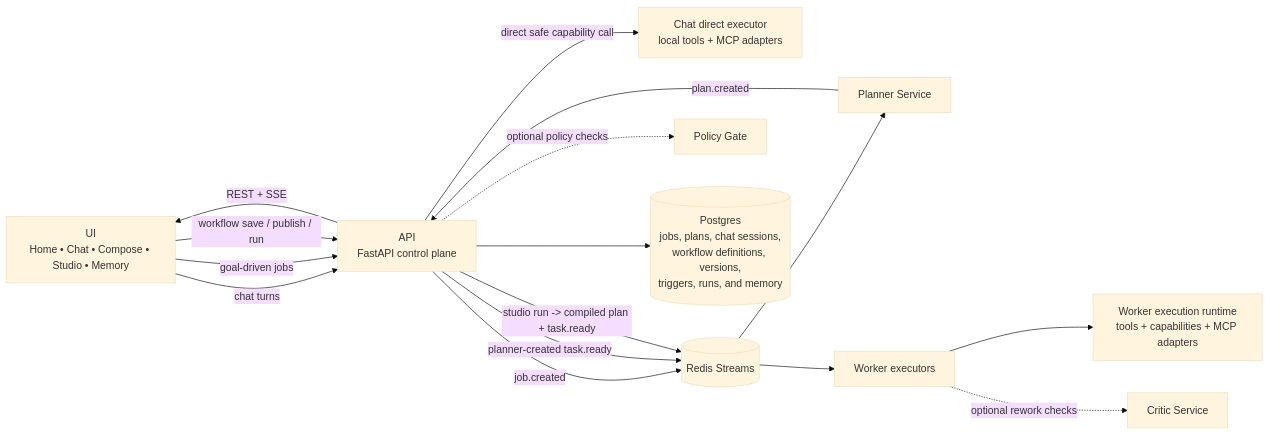
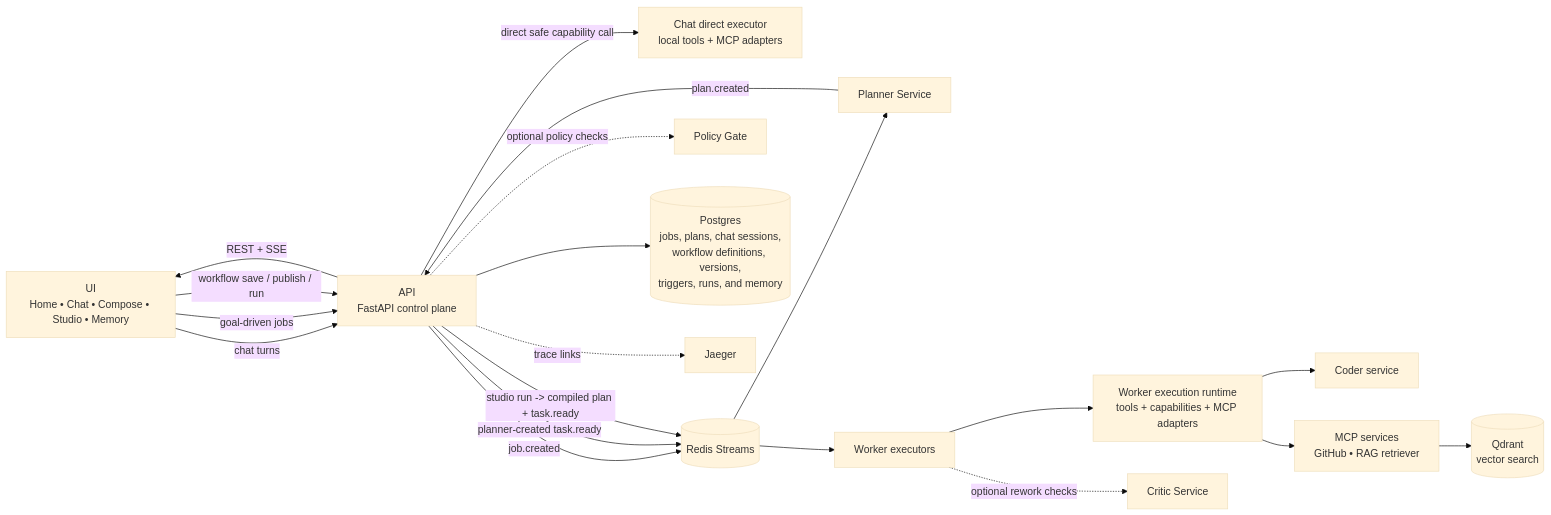
One commit to narendersurabhi/agentic-workflow-studio changed the diagram in README.md. Above: the diagram before and after it, drawn with Mermaid (base theme). The commit also changed other lines of this file, not shown here.

Commit message:
Clarify deployed architecture documentation

````diff
--- a/README.md
+++ b/README.md
@@ -94,23 +98,27 @@
 ```mermaid
 flowchart LR
   UI["UI<br/>Home • Chat • Compose • Studio • Memory"] -->|"chat turns"| API["API<br/>FastAPI control plane"]
   UI -->|"goal-driven jobs"| API
   UI -->|"workflow save / publish / run"| API
 
   API -->|"direct safe capability call"| CHAT["Chat direct executor<br/>local tools + MCP adapters"]
 
   API -->|"job.created"| REDIS[("Redis Streams")]
   REDIS --> PLANNER["Planner Service"]
   PLANNER -->|"plan.created"| API
 
   API -->|"planner-created task.ready"| REDIS
   API -->|"studio run -> compiled plan + task.ready"| REDIS
   REDIS --> WORKER["Worker executors"]
   WORKER --> EXEC["Worker execution runtime<br/>tools + capabilities + MCP adapters"]
 
   API -. "optional policy checks" .-> POLICY["Policy Gate"]
   WORKER -. "optional rework checks" .-> CRITIC["Critic Service"]
+  EXEC --> CODER["Coder service"]
+  EXEC --> MCP["MCP services<br/>GitHub • RAG retriever"]
+  MCP --> QDRANT[("Qdrant<br/>vector search")]
 
   API --> DB[("Postgres<br/>jobs, plans, chat sessions,<br/>workflow definitions, versions,<br/>triggers, runs, and memory")]
   API -->|"REST + SSE"| UI
+  API -. "trace links" .-> JAEGER["Jaeger"]
 ```
````
